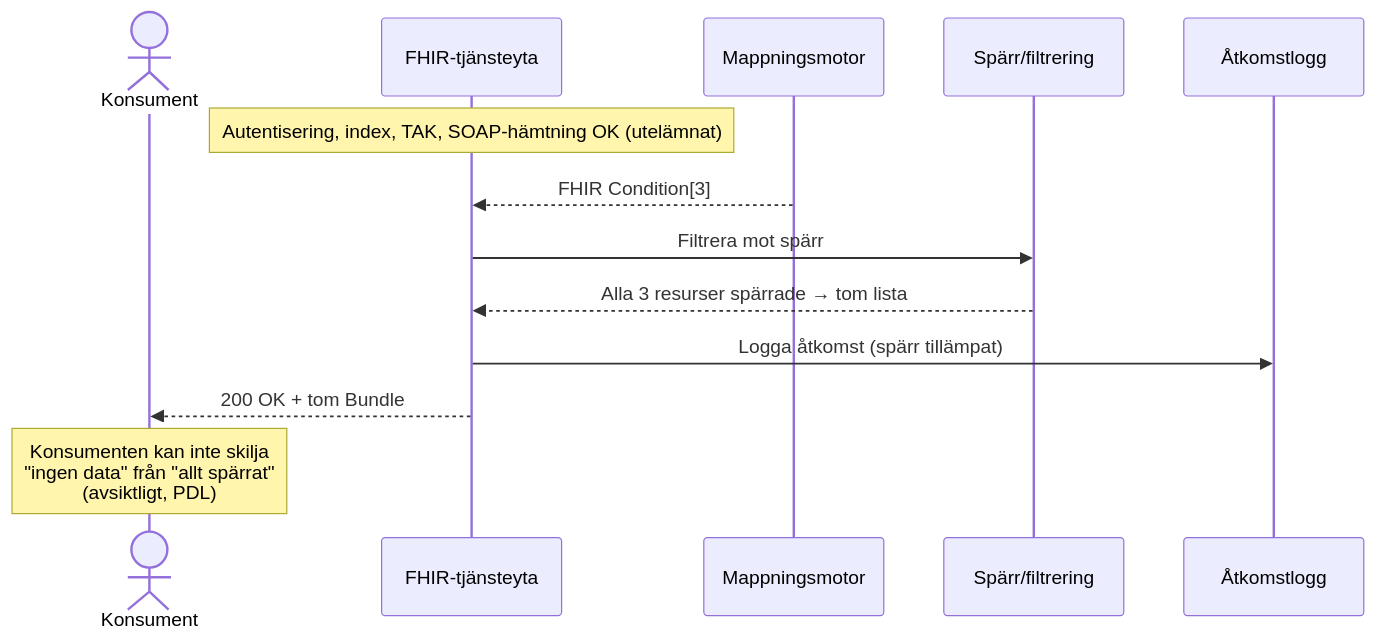
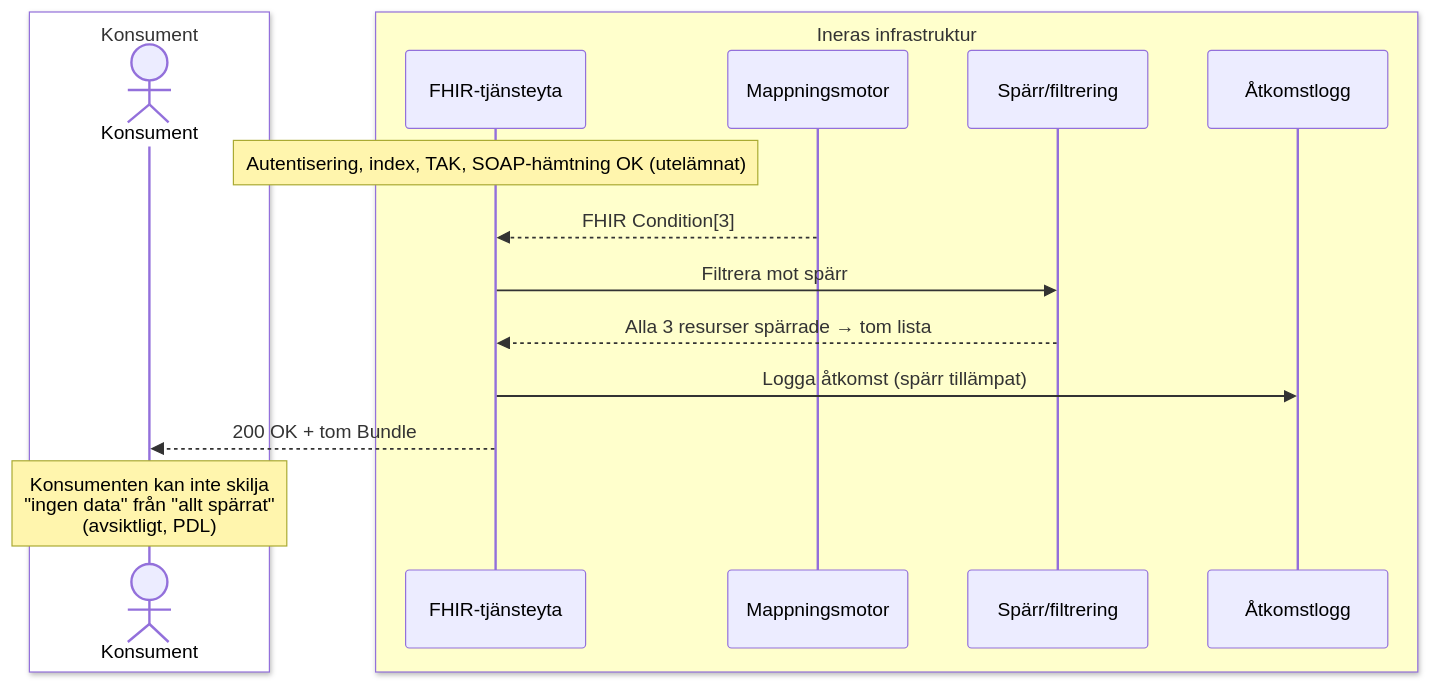
One commit to oskthu2/inera changed the fifth of 9 diagrams in T2/EHDS-brygga/losningsarkitektur-mvp-ehds.md. Above: the diagram before and after it, drawn with Mermaid. The commit also changed other lines of this file, not shown here.

First line of the commit message:
Lägg till färgade boxar i alla Mermaid-diagram

````diff
--- a/T2/EHDS-brygga/losningsarkitektur-mvp-ehds.md
+++ b/T2/EHDS-brygga/losningsarkitektur-mvp-ehds.md
@@ -216,18 +230,22 @@
 ```mermaid
 sequenceDiagram
-    actor K as Konsument
-    participant FY as FHIR-tjänsteyta
-    participant MM as Mappningsmotor
-    participant SP as Spärr/filtrering
-    participant LG as Åtkomstlogg
+    box rgb(255,255,255) Konsument
+        actor K as Konsument
+    end
+    box rgb(255,255,204) Ineras infrastruktur
+        participant FY as FHIR-tjänsteyta
+        participant MM as Mappningsmotor
+        participant SP as Spärr/filtrering
+        participant LG as Åtkomstlogg
+    end
 
     Note over FY: Autentisering, index, TAK, SOAP-hämtning OK (utelämnat)
 
     MM-->>FY: FHIR Condition[3]
     FY->>SP: Filtrera mot spärr
     SP-->>FY: Alla 3 resurser spärrade → tom lista
 
     FY->>LG: Logga åtkomst (spärr tillämpat)
     FY-->>K: 200 OK + tom Bundle
     Note over K: Konsumenten kan inte skilja<br/>"ingen data" från "allt spärrat"<br/>(avsiktligt, PDL)
 ```
````
